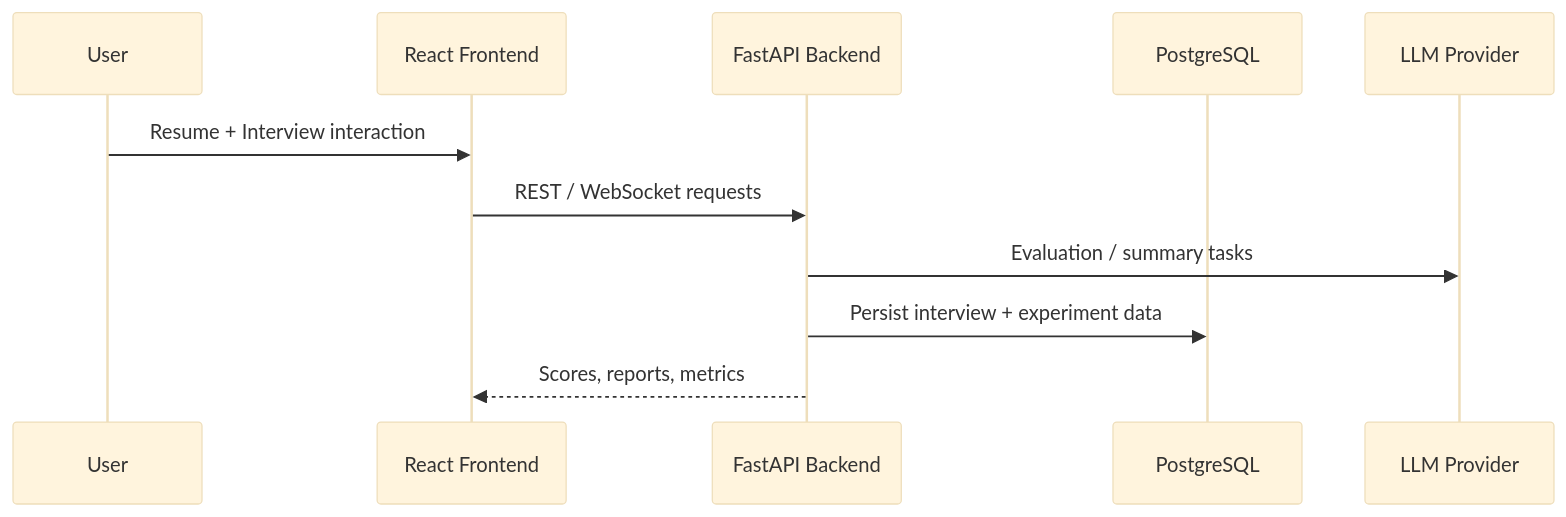
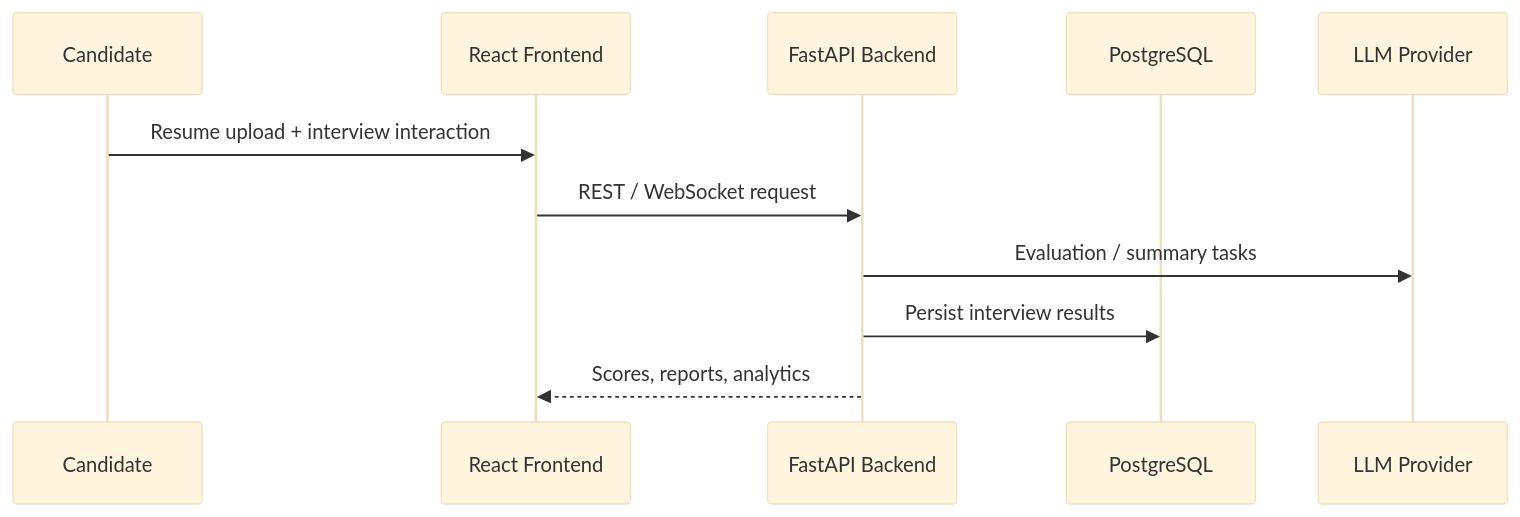
Before and after one commit to VisionExpo/intervux-ai: the fourth of 8 diagrams in README.md, drawn with Mermaid (base theme). The commit also changed other lines of this file, not shown here.

````diff
--- a/README.md
+++ b/README.md
@@ -73,14 +186,14 @@
 ```mermaid
 sequenceDiagram
-    participant U as User
+    participant U as Candidate
     participant FE as React Frontend
     participant BE as FastAPI Backend
     participant DB as PostgreSQL
     participant LLM as LLM Provider
 
-    U->>FE: Resume + Interview interaction
-    FE->>BE: REST / WebSocket requests
+    U->>FE: Resume upload + interview interaction
+    FE->>BE: REST / WebSocket request
     BE->>LLM: Evaluation / summary tasks
-    BE->>DB: Persist interview + experiment data
-    BE-->>FE: Scores, reports, metrics
+    BE->>DB: Persist interview results
+    BE-->>FE: Scores, reports, analytics
 ```
````
